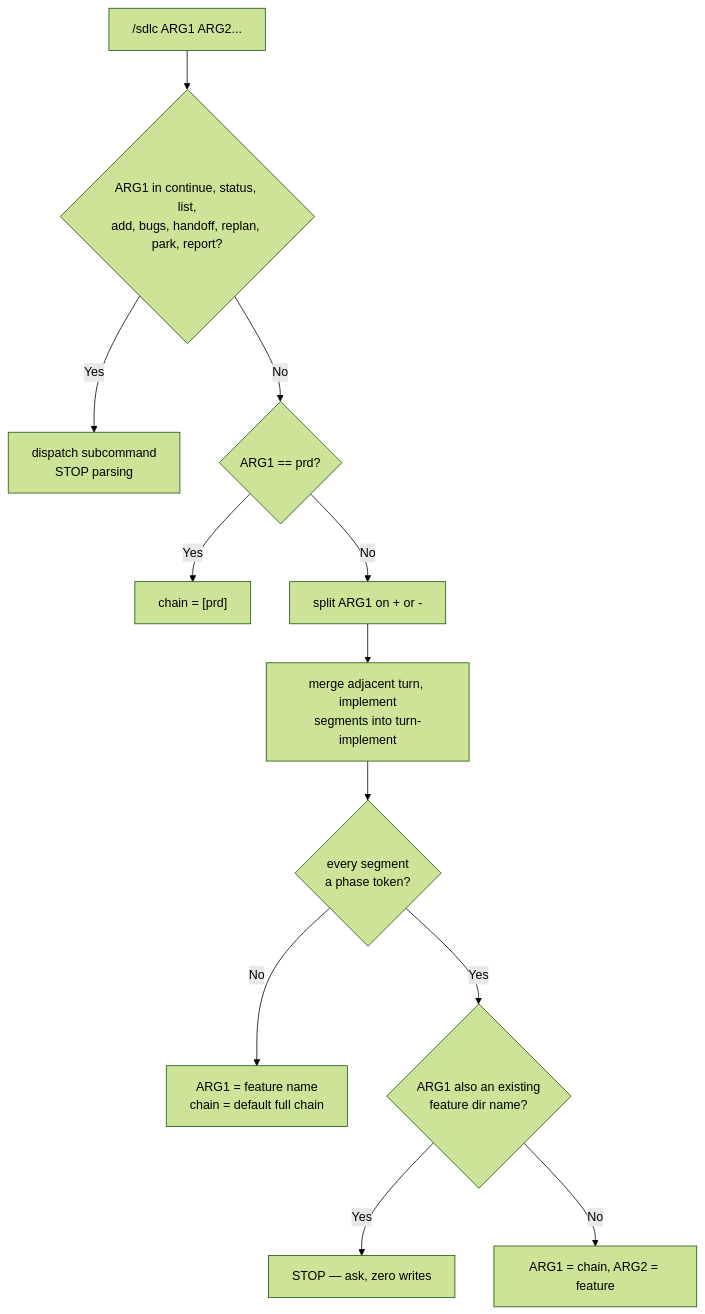
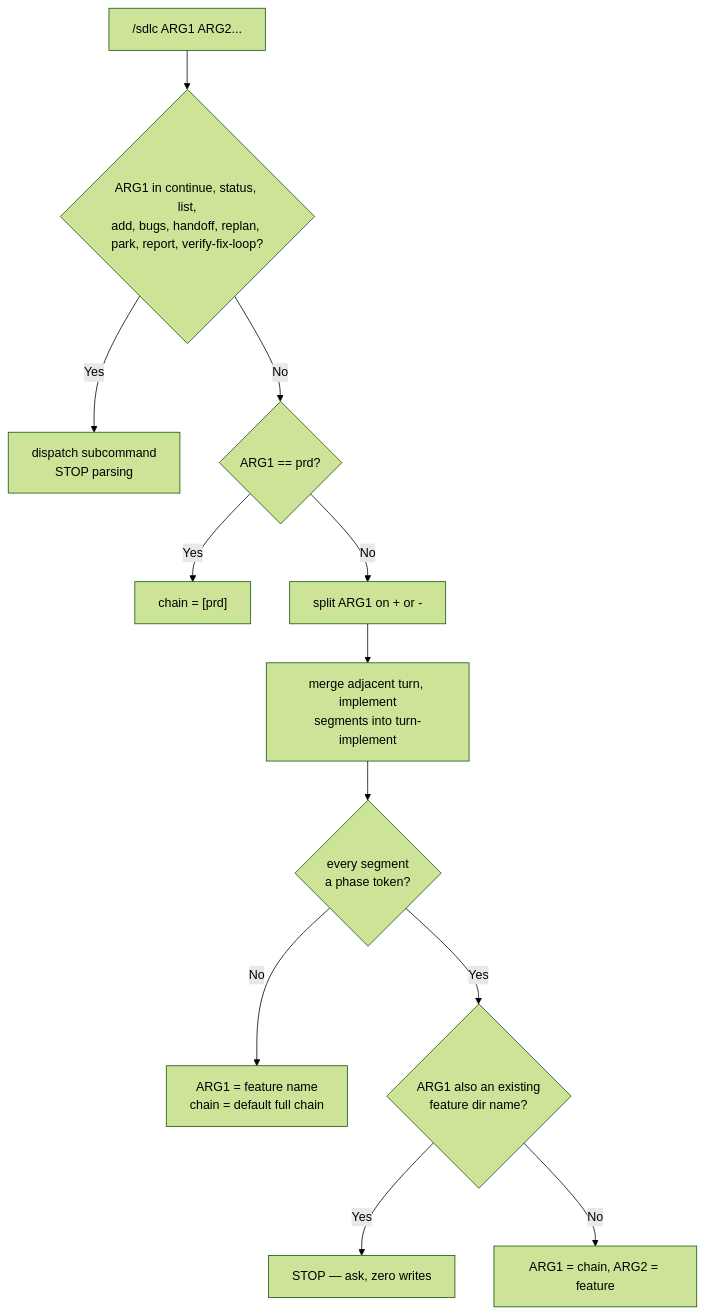
Before and after one commit to fastestdevalive/vibekit: the first of 2 diagrams in skills/sdlc/GRAMMAR.md, drawn with Mermaid (forest theme). The commit also changed other lines of this file and 6 other files, not shown here.

First line of the commit message:
feat(sdlc): add /sdlc verify-fix-loop subcommand

````diff
--- a/skills/sdlc/GRAMMAR.md
+++ b/skills/sdlc/GRAMMAR.md
@@ -13,14 +13,14 @@
 ```mermaid
 flowchart TD
-    In["/sdlc ARG1 ARG2..."] --> Sub{"ARG1 in continue, status, list,<br/>add, bugs, handoff, replan, park, report?"}
+    In["/sdlc ARG1 ARG2..."] --> Sub{"ARG1 in continue, status, list,<br/>add, bugs, handoff, replan, park, report, verify-fix-loop?"}
     Sub -->|Yes| Dispatch["dispatch subcommand<br/>STOP parsing"]
     Sub -->|No| Prd{"ARG1 == prd?"}
     Prd -->|Yes| Chain1["chain = [prd]"]
     Prd -->|No| Split["split ARG1 on + or -"]
     Split --> Merge["merge adjacent turn, implement<br/>segments into turn-implement"]
     Merge --> All{"every segment<br/>a phase token?"}
     All -->|No| Feat["ARG1 = feature name<br/>chain = default full chain"]
     All -->|Yes| Coll{"ARG1 also an existing<br/>feature dir name?"}
     Coll -->|Yes| Ask["STOP — ask, zero writes"]
     Coll -->|No| Run["ARG1 = chain, ARG2 = feature"]
 ```
````
